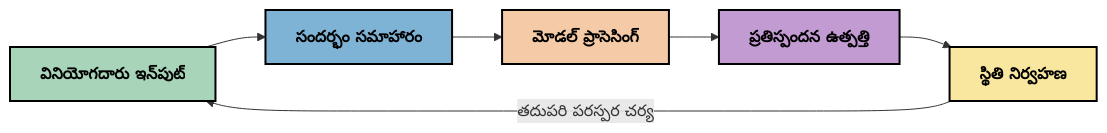
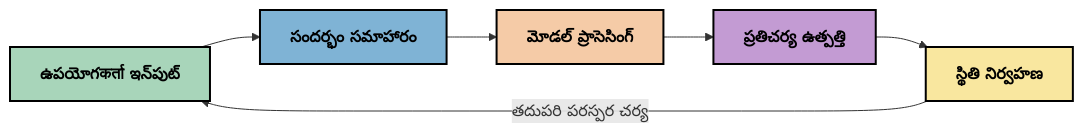
One commit to HIDORAKAI002/ai-workspace-archive changed the first of 6 diagrams in mcp_ecosystem__model_context_protocol/mcp_learning_resources/mcp-for-beginners/translations/te/05-AdvancedTopics/mcp-contextengineering/README.md. Above: the diagram before and after it, drawn with Mermaid. The commit also changed other lines of this file and 1046 other files, not shown here.

````diff
--- a/mcp_ecosystem__model_context_protocol/mcp_learning_resources/mcp-for-beginners/translations/te/05-AdvancedTopics/mcp-contextengineering/README.md
+++ b/mcp_ecosystem__model_context_protocol/mcp_learning_resources/mcp-for-beginners/translations/te/05-AdvancedTopics/mcp-contextengineering/README.md
@@ -39,14 +40,14 @@
 ```mermaid
 graph LR
-    A[వినియోగదారు ఇన్‌పుట్] --> B[సందర్భం సమాహారం]
+    A[ఉపయోగकर्ता ఇన్‌పుట్] --> B[సందర్భం సమాహారం]
     B --> C[మోడల్ ప్రాసెసింగ్]
-    C --> D[ప్రతిస్పందన ఉత్పత్తి]
+    C --> D[ప్రతిచర్య ఉత్పత్తి]
     D --> E[స్థితి నిర్వహణ]
     E -->|తదుపరి పరస్పర చర్య| A
     
     style A fill:#A8D5BA,stroke:#000000,stroke-width:2px,color:#000000,font-weight:bold
     style B fill:#7FB3D5,stroke:#000000,stroke-width:2px,color:#000000,font-weight:bold
     style C fill:#F5CBA7,stroke:#000000,stroke-width:2px,color:#000000,font-weight:bold
     style D fill:#C39BD3,stroke:#000000,stroke-width:2px,color:#000000,font-weight:bold
     style E fill:#F9E79F,stroke:#000000,stroke-width:2px,color:#000000,font-weight:bold
 ```
````
